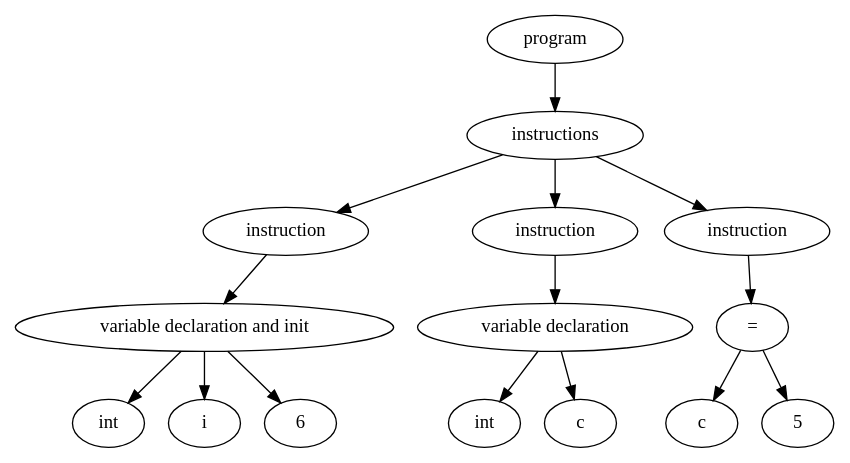
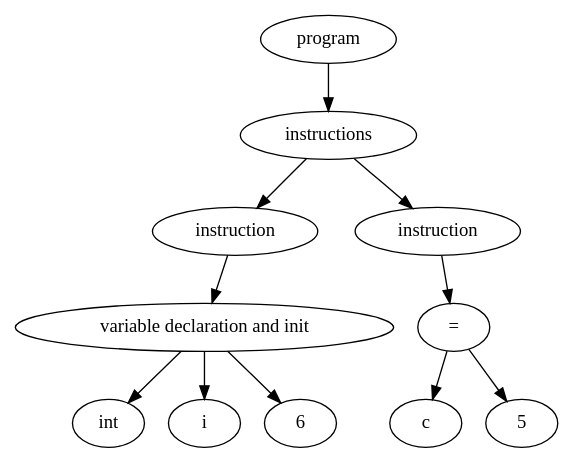
One commit to RobMandelings/CompilersProject changed the diagram in output/ast.gv. Above: the diagram before and after it, drawn with Graphviz. The commit also changed 2 other files, not shown here.

```diff
--- a/output/ast.gv
+++ b/output/ast.gv
@@ -1,31 +1,23 @@
 digraph "Abstract Syntax Tree" {
-	139746334230608 [label=int]
-	139746334230800 -> 139746334230608
-	139746334230896 [label=i]
-	139746334230800 -> 139746334230896
-	139746334231280 [label=6]
-	139746334230800 -> 139746334231280
-	139746334230800 [label="variable declaration and init"]
-	139746334231328 -> 139746334230800
-	139746334231328 [label=instruction]
-	139746334230848 -> 139746334231328
-	139746334232384 [label=int]
-	139746334232000 -> 139746334232384
-	139746334231808 [label=c]
-	139746334232000 -> 139746334231808
-	139746334232000 [label="variable declaration"]
-	139746334230512 -> 139746334232000
-	139746334230512 [label=instruction]
-	139746334230848 -> 139746334230512
-	139746334245600 [label=c]
-	139746334245072 -> 139746334245600
-	139746334245792 [label=5]
-	139746334245072 -> 139746334245792
-	139746334245072 [label="="]
-	139746334245408 -> 139746334245072
-	139746334245408 [label=instruction]
-	139746334230848 -> 139746334245408
-	139746334230848 [label=instructions]
-	139746334229456 -> 139746334230848
-	139746334229456 [label=program]
+	140430803692944 [label=int]
+	140430803691264 -> 140430803692944
+	140430803691696 [label=i]
+	140430803691264 -> 140430803691696
+	140430803692176 [label=6]
+	140430803691264 -> 140430803692176
+	140430803691264 [label="variable declaration and init"]
+	140430803692896 -> 140430803691264
+	140430803692896 [label=instruction]
+	140430803691840 -> 140430803692896
+	140430803693136 [label=c]
+	140430803692992 -> 140430803693136
+	140430803692800 [label=5]
+	140430803692992 -> 140430803692800
+	140430803692992 [label="="]
+	140430803691504 -> 140430803692992
+	140430803691504 [label=instruction]
+	140430803691840 -> 140430803691504
+	140430803691840 [label=instructions]
+	140430803691024 -> 140430803691840
+	140430803691024 [label=program]
 }
```
